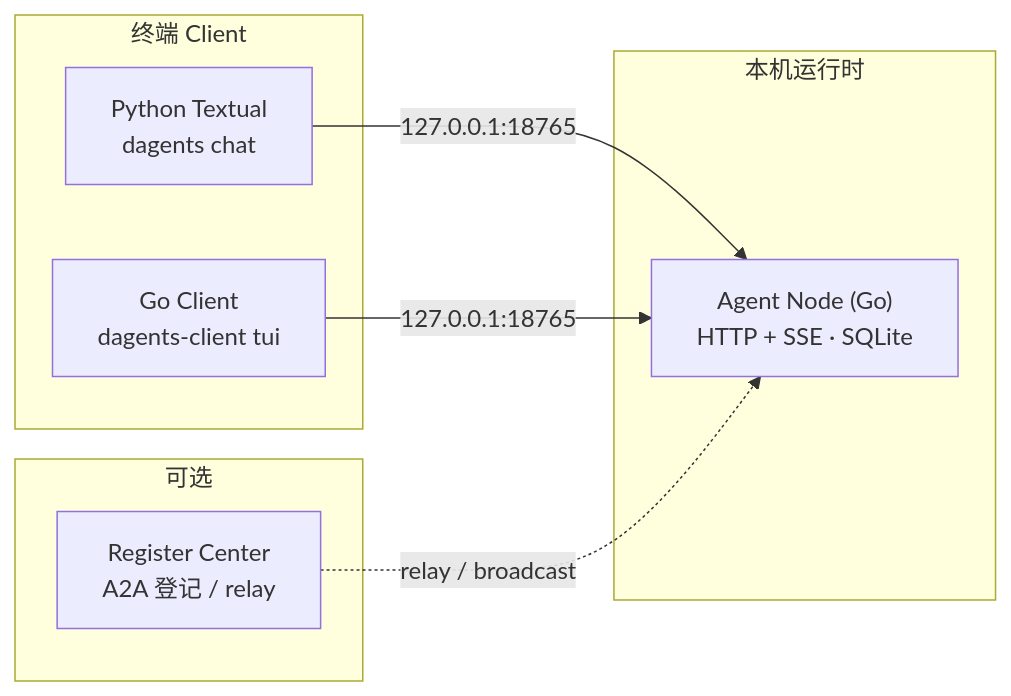
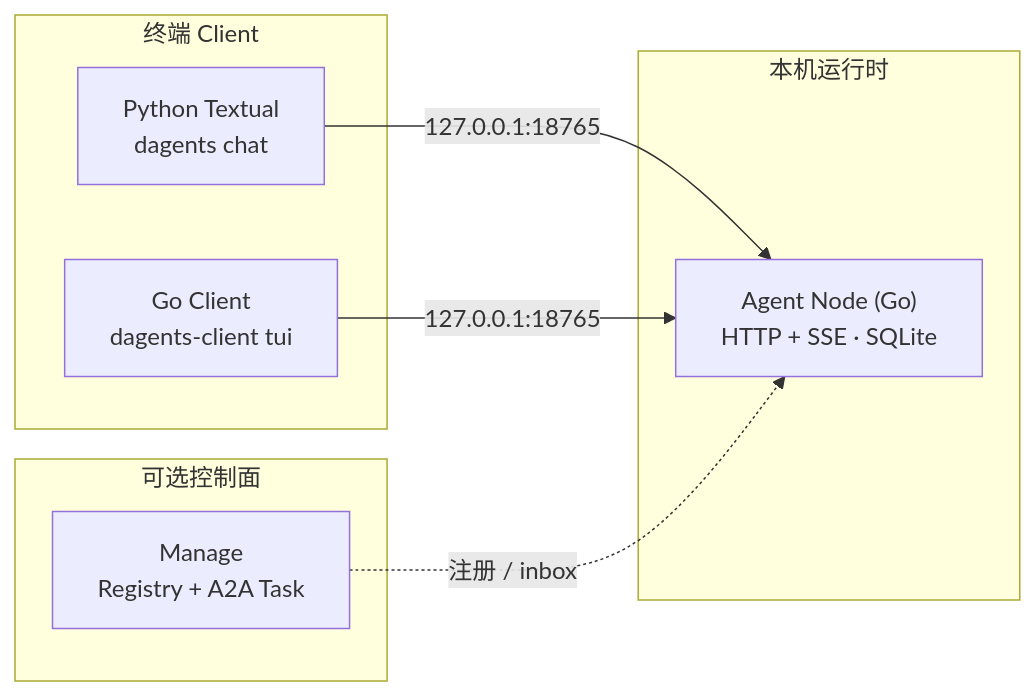
One commit to DGS-ai-team/DAgents changed the diagram in README.md. Above: the diagram before and after it, drawn with Mermaid. The commit also changed other lines of this file and 108 other files, not shown here.

First line of the commit message:
release: v0.3.1 — 移除 Register Center，整合至 Manage 控制面

````diff
--- a/README.md
+++ b/README.md
@@ -64,19 +65,19 @@
 ```mermaid
 flowchart LR
   subgraph clients [终端 Client]
     PY["Python Textual<br/>dagents chat"]
     GO["Go Client<br/>dagents-client tui"]
   end
 
   subgraph runtime [本机运行时]
     NODE["Agent Node (Go)<br/>HTTP + SSE · SQLite"]
   end
 
-  subgraph optional [可选]
-    RC["Register Center<br/>A2A 登记 / relay"]
+  subgraph optional [可选控制面]
+    MG["Manage<br/>Registry + A2A Task"]
   end
 
   PY -->|127.0.0.1:18765| NODE
   GO -->|127.0.0.1:18765| NODE
-  RC -.->|relay / broadcast| NODE
+  MG -.->|注册 / inbox| NODE
 ```
````
